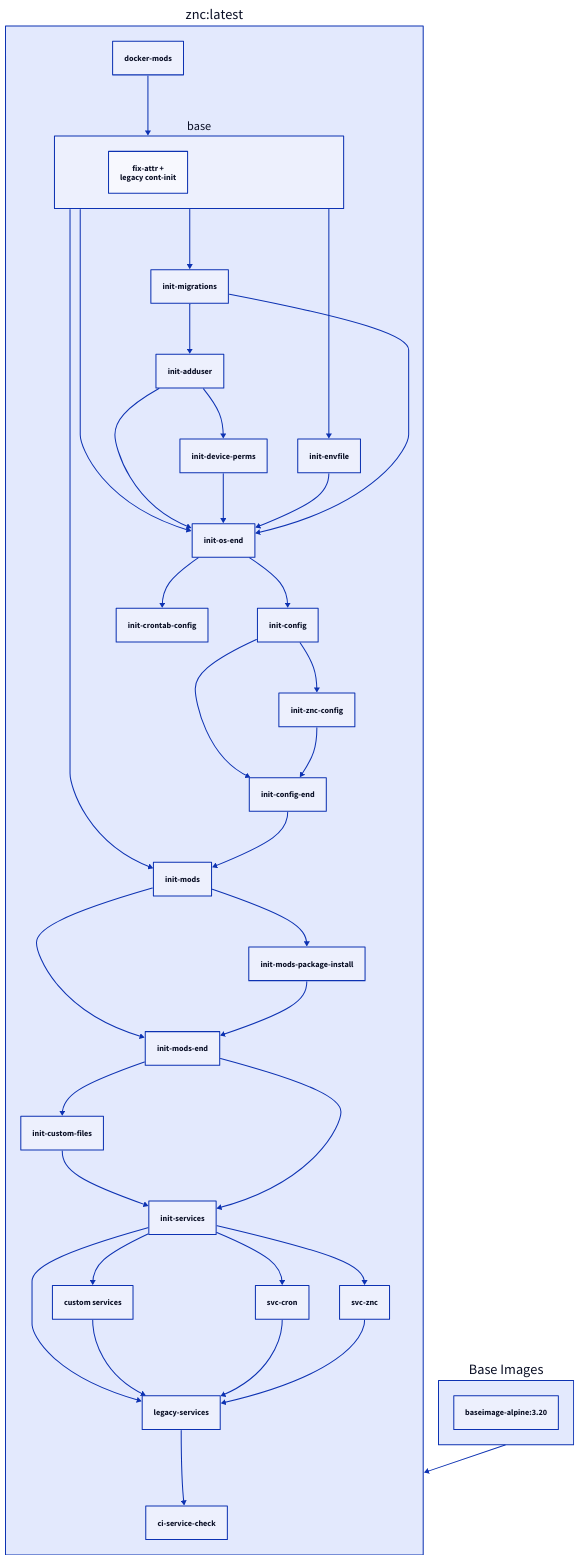
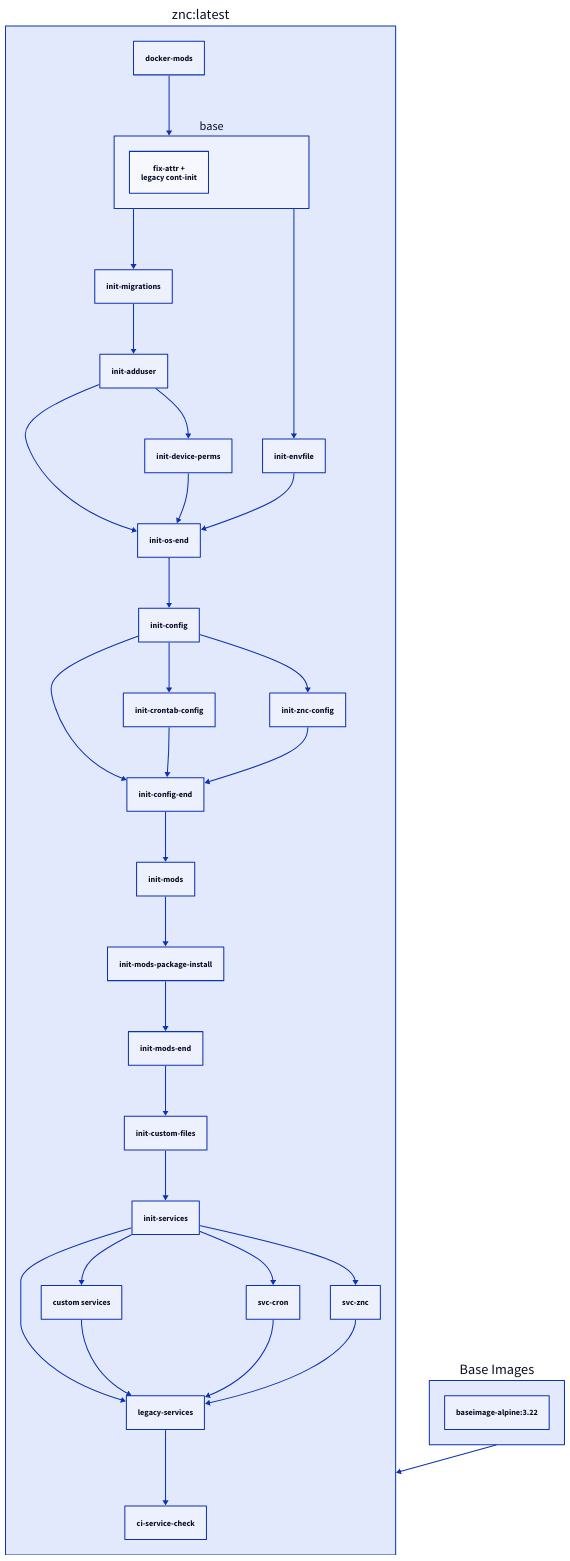
The diagram in docs/images/docker-znc.md (pagdot/docker-documentation), drawn with D2 before and after one commit. The commit also changed other lines of this file, not shown here.

Commit message:
Bot Updating Documentation

````diff
--- a/docs/images/docker-znc.md
+++ b/docs/images/docker-znc.md
@@ -291,45 +291,41 @@
     ```d2
     "znc:latest": {
       docker-mods
       base {
         fix-attr +\nlegacy cont-init
       }
       docker-mods -> base
       legacy-services
       custom services
       init-services -> legacy-services
       init-services -> custom services
       custom services -> legacy-services
       legacy-services -> ci-service-check
       init-migrations -> init-adduser
       init-os-end -> init-config
       init-config -> init-config-end
+      init-crontab-config -> init-config-end
       init-znc-config -> init-config-end
-      init-os-end -> init-crontab-config
+      init-config -> init-crontab-config
       init-mods-end -> init-custom-files
       init-adduser -> init-device-perms
       base -> init-envfile
       base -> init-migrations
-      base -> init-mods
       init-config-end -> init-mods
-      init-mods -> init-mods-end
       init-mods-package-install -> init-mods-end
       init-mods -> init-mods-package-install
-      base -> init-os-end
       init-adduser -> init-os-end
       init-device-perms -> init-os-end
       init-envfile -> init-os-end
-      init-migrations -> init-os-end
       init-custom-files -> init-services
-      init-mods-end -> init-services
       init-config -> init-znc-config
       init-services -> svc-cron
       svc-cron -> legacy-services
       init-services -> svc-znc
       svc-znc -> legacy-services
     }
     Base Images: {
-      "baseimage-alpine:3.20"
+      "baseimage-alpine:3.22"
     }
     "znc:latest" <- Base Images
     ```
````
